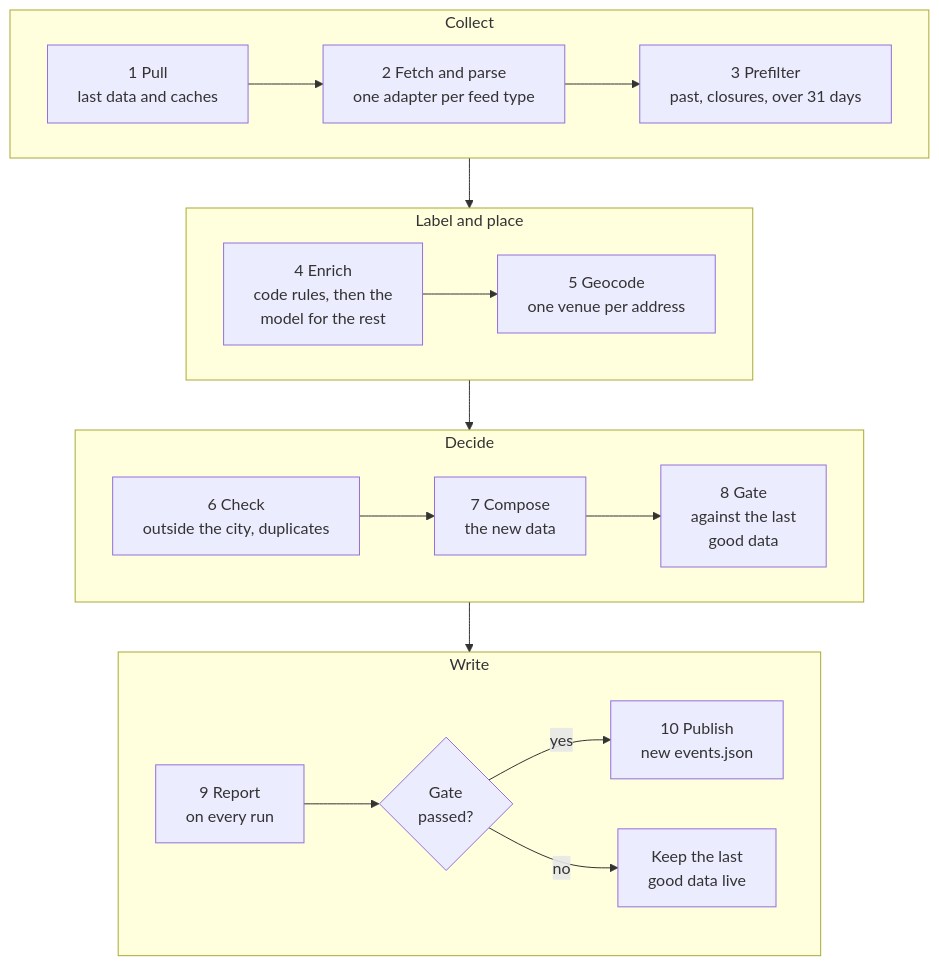
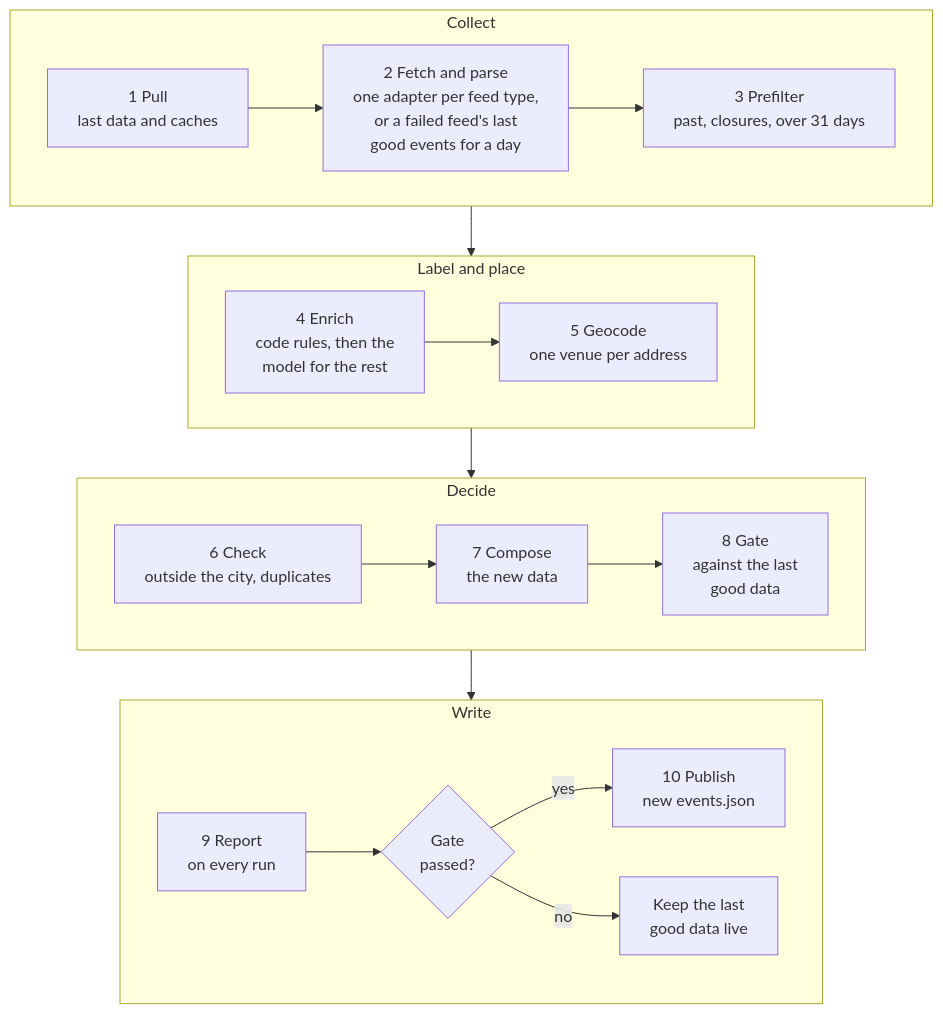
One commit to taneta/jcmaps changed the second of 2 diagrams in docs/how-it-works.md. Above: the diagram before and after it, drawn with Mermaid. The commit also changed other lines of this file and 3 other files, not shown here.

First line of the commit message:
Carried events take new fields' defaults, and the docs show a failed feed (#35)

````diff
--- a/docs/how-it-works.md
+++ b/docs/how-it-works.md
@@ -39,25 +39,25 @@
 ```mermaid
 flowchart TB
     %% Mirrors build() in pipeline/cli.py. Update it when a stage is added, removed or reordered.
     subgraph collect ["Collect"]
         direction LR
-        pull["1 Pull<br/>last data and caches"] --> fetch["2 Fetch and parse<br/>one adapter per feed type"]
+        pull["1 Pull<br/>last data and caches"] --> fetch["2 Fetch and parse<br/>one adapter per feed type,<br/>or a failed feed's last<br/>good events for a day"]
         fetch --> prefilter["3 Prefilter<br/>past, closures, over 31 days"]
     end
     subgraph enrichplace ["Label and place"]
         direction LR
         enrich["4 Enrich<br/>code rules, then the<br/>model for the rest"] --> geocode["5 Geocode<br/>one venue per address"]
     end
     subgraph decide ["Decide"]
         direction LR
         check["6 Check<br/>outside the city, duplicates"] --> compose["7 Compose<br/>the new data"]
         compose --> gate["8 Gate<br/>against the last<br/>good data"]
     end
     subgraph write ["Write"]
         direction LR
         report["9 Report<br/>on every run"] --> passed{"Gate<br/>passed?"}
         passed -->|yes| publish["10 Publish<br/>new events.json"]
         passed -->|no| keep["Keep the last<br/>good data live"]
     end
     collect --> enrichplace --> decide --> write
 ```
````
